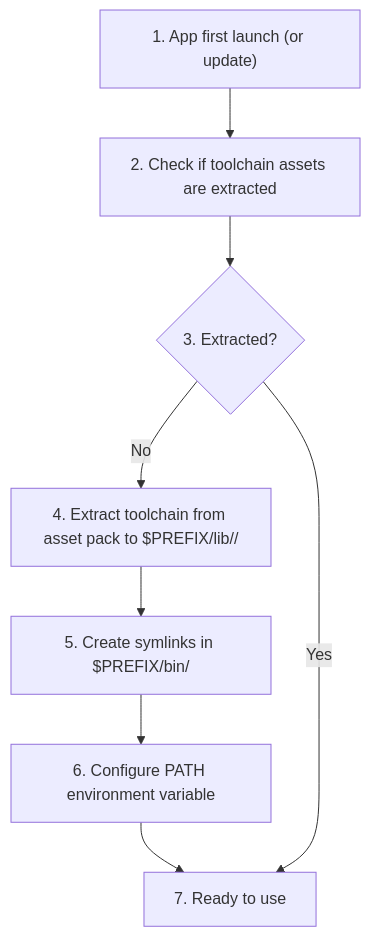
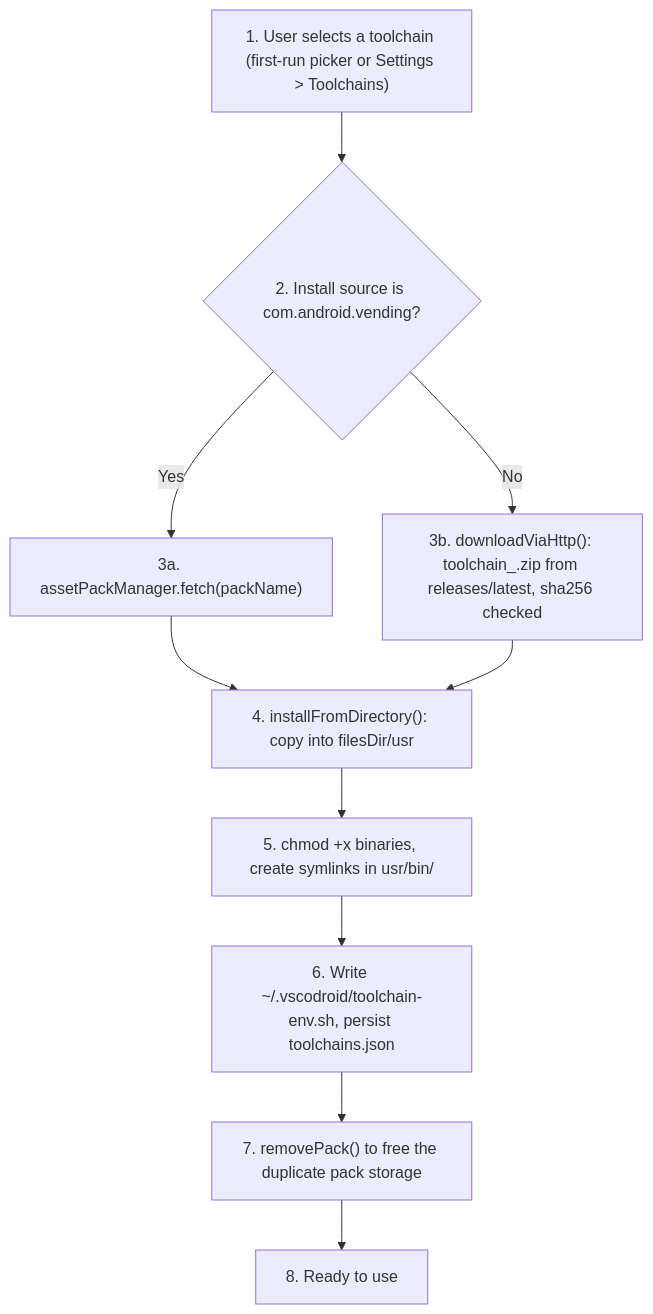
The sixth of 6 diagrams in docs/04-TECHNICAL_SPEC.md (cuixinyuan666/vscodroid), drawn with Mermaid before and after one commit. The commit also changed other lines of this file and 11 other files, not shown here.

````diff
--- a/docs/04-TECHNICAL_SPEC.md
+++ b/docs/04-TECHNICAL_SPEC.md
@@ -630,10 +588,12 @@
 ```mermaid
 flowchart TD
-  A["1. App first launch (or update)"] --> B["2. Check if toolchain assets are extracted"]
-  B --> C{"3. Extracted?"}
-  C -- "No" --> D["4. Extract toolchain from asset pack to $PREFIX/lib/<toolchain>/"]
-  D --> E["5. Create symlinks in $PREFIX/bin/"]
-  E --> F["6. Configure PATH environment variable"]
-  F --> G["7. Ready to use"]
-  C -- "Yes" --> G
+  A["1. User selects a toolchain (first-run picker or Settings > Toolchains)"] --> B{"2. Install source is com.android.vending?"}
+  B -- "Yes" --> C["3a. assetPackManager.fetch(packName)"]
+  B -- "No" --> D["3b. downloadViaHttp(): toolchain_<name>.zip from releases/latest, sha256 checked"]
+  C --> E["4. installFromDirectory(): copy into filesDir/usr"]
+  D --> E
+  E --> F["5. chmod +x binaries, create symlinks in usr/bin/"]
+  F --> G["6. Write ~/.vscodroid/toolchain-env.sh, persist toolchains.json"]
+  G --> H["7. removePack() to free the duplicate pack storage"]
+  H --> I["8. Ready to use"]
 ```
````
